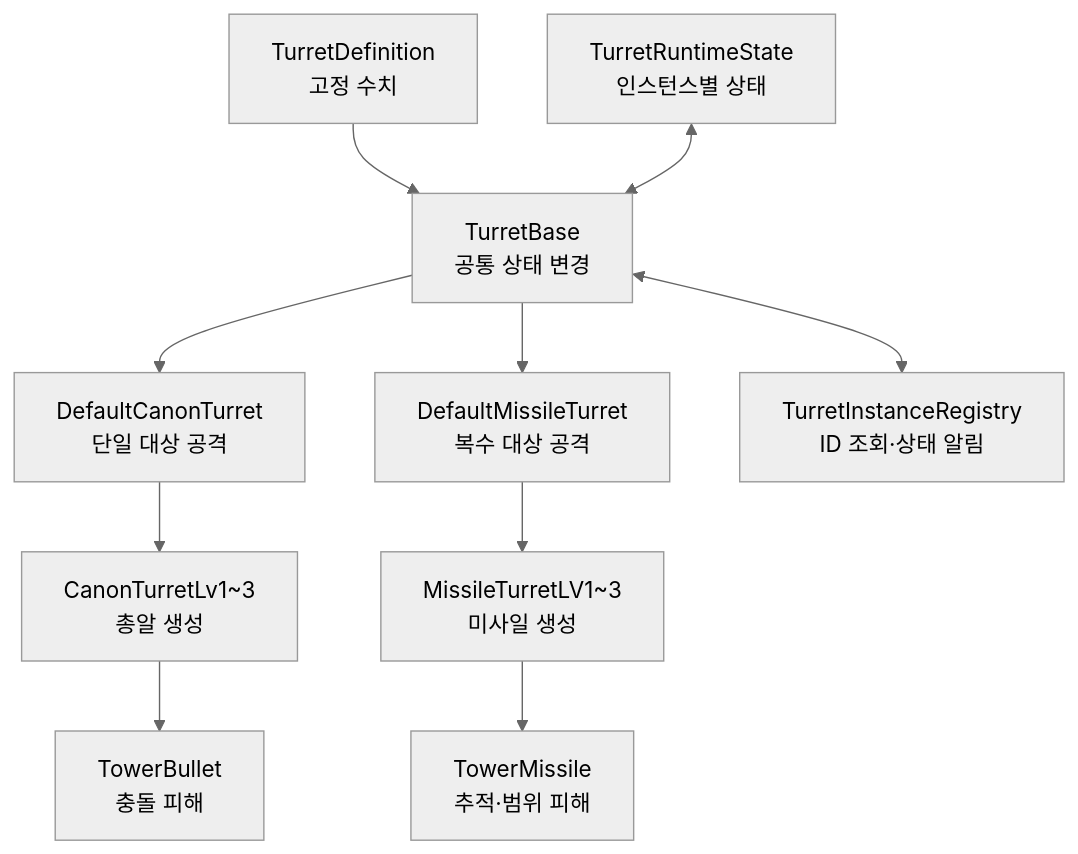
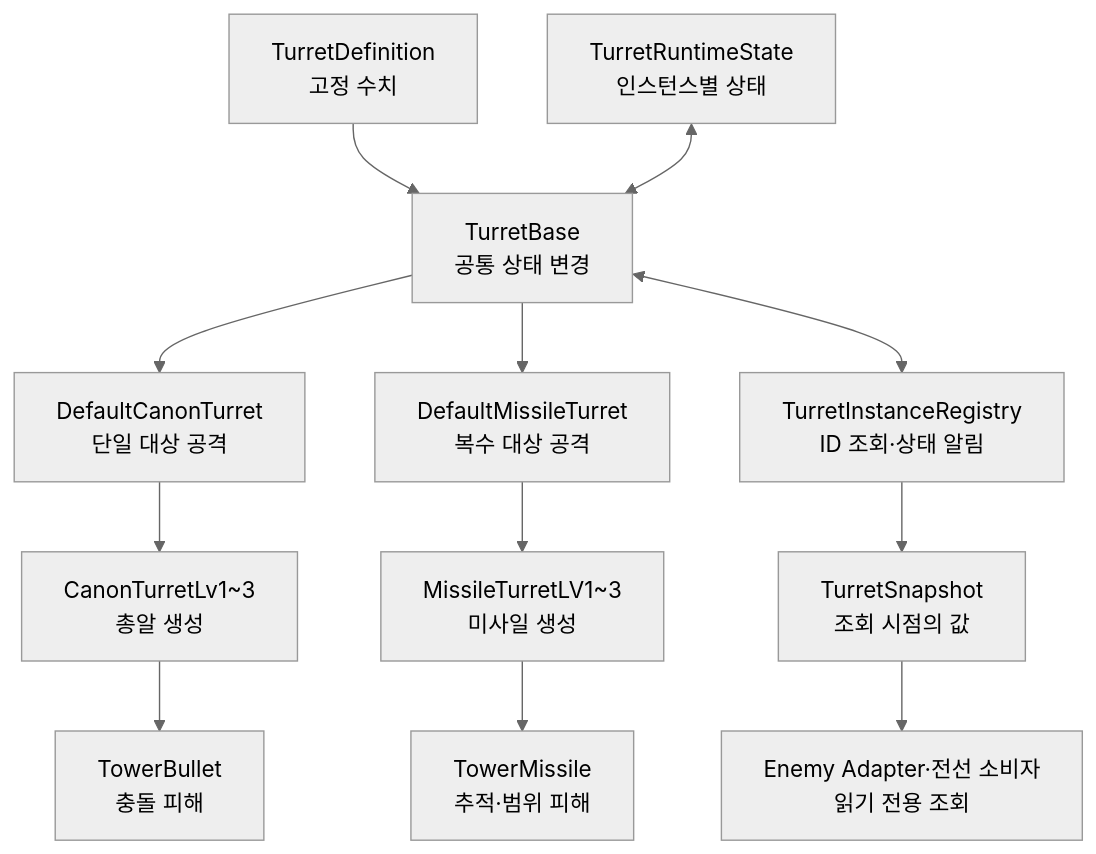
Before and after one commit to Team-HJD-21/unity-6-the-developer: the first of 13 diagrams in Docs/architecture/turret-system-guide.md, drawn with Mermaid (neutral theme). The commit also changed other lines of this file, not shown here.

First line of the commit message:
docs(turret): document snapshots progression and runtime locks

````diff
--- a/Docs/architecture/turret-system-guide.md
+++ b/Docs/architecture/turret-system-guide.md
@@ -44,12 +45,14 @@
 ```mermaid
 flowchart TD
     Definition["TurretDefinition<br>고정 수치"] --> Base["TurretBase<br>공통 상태 변경"]
     State["TurretRuntimeState<br>인스턴스별 상태"] <--> Base
     Base --> Canon["DefaultCanonTurret<br>단일 대상 공격"]
     Base --> Missile["DefaultMissileTurret<br>복수 대상 공격"]
     Canon --> CanonLv["CanonTurretLv1~3<br>총알 생성"]
     Missile --> MissileLv["MissileTurretLV1~3<br>미사일 생성"]
     CanonLv --> Bullet["TowerBullet<br>충돌 피해"]
     MissileLv --> Projectile["TowerMissile<br>추적·범위 피해"]
     Base <--> Registry["TurretInstanceRegistry<br>ID 조회·상태 알림"]
+    Registry --> Snapshot["TurretSnapshot<br>조회 시점의 값"]
+    Snapshot --> Consumers["Enemy Adapter·전선 소비자<br>읽기 전용 조회"]
 ```
````
